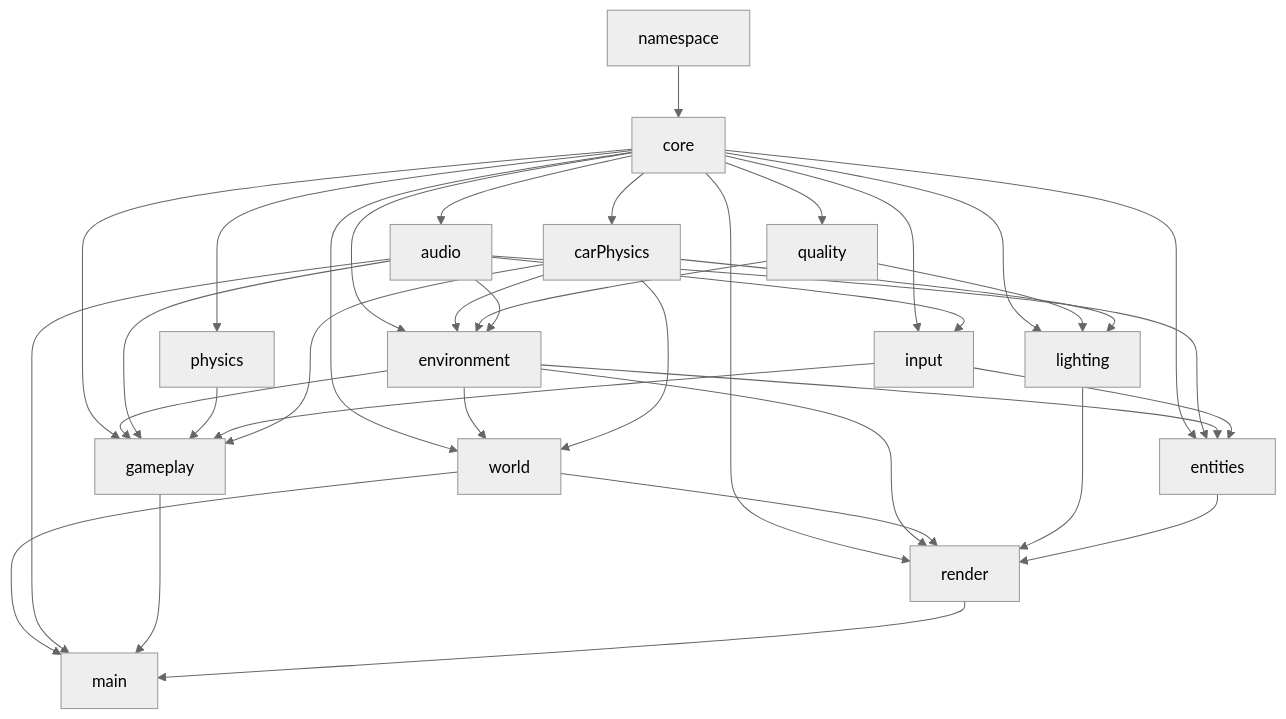
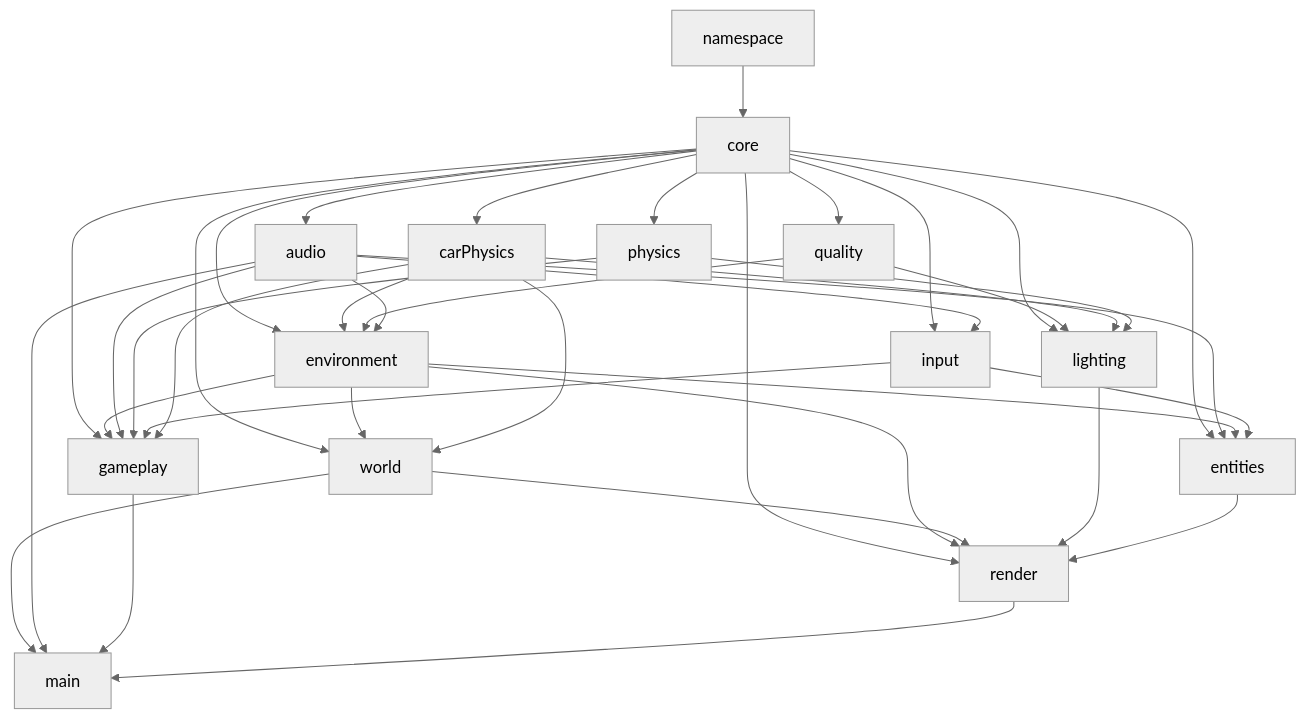
Before and after one commit to dinoel/zombie-delivery: the diagram in docs/architecture.md, drawn with Mermaid (neutral theme). The commit also changed other lines of this file and 10 other files, not shown here.

````diff
--- a/docs/architecture.md
+++ b/docs/architecture.md
@@ -7,39 +7,40 @@
 ```mermaid
 flowchart TD
   N["namespace"] --> C["core"]
   C --> Q["quality"]
   C --> A["audio"]
   C --> D["carPhysics"]
   C --> E["environment"]
   D --> E
   Q --> E
   C --> P["physics"]
   C --> I["input"]
   A --> I
   C --> L["lighting"]
   Q --> L
   D --> L
+  P --> L
   C --> W["world"]
   E --> W
   D --> W
   A --> E
   C --> G["gameplay"]
   E --> G
   A --> G
   P --> G
   I --> G
   D --> G
   C --> X["entities"]
   A --> X
   E --> X
   I --> X
   C --> R["render"]
   E --> R
   W --> R
   L --> R
   X --> R
   W --> M["main"]
   A --> M
   G --> M
   R --> M
 ```
````
